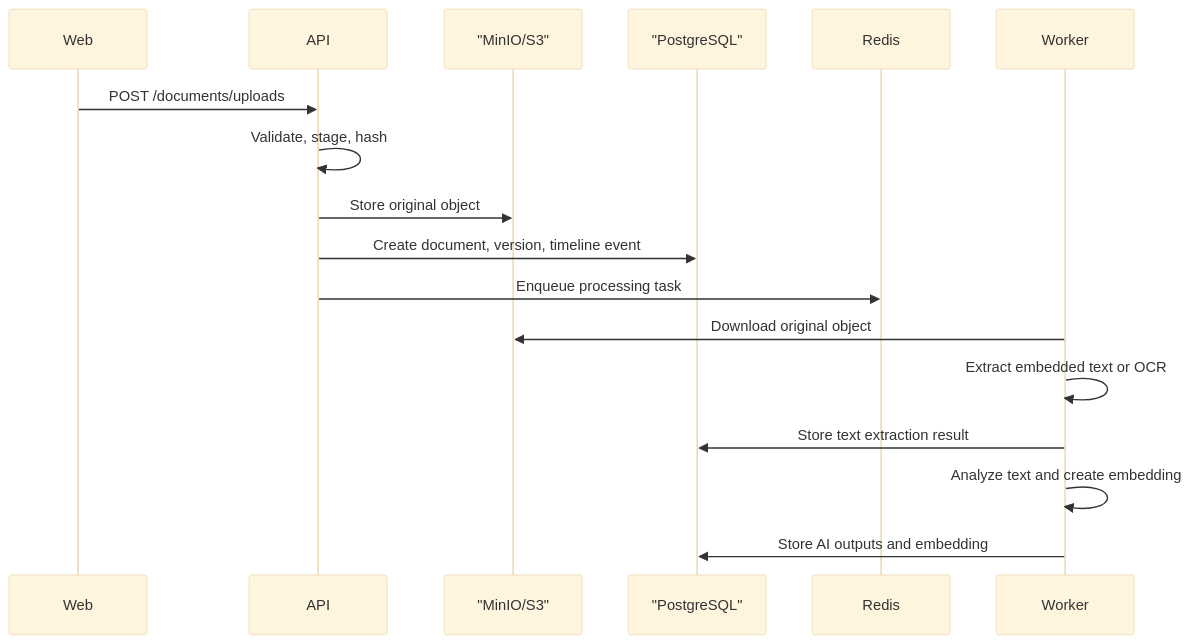
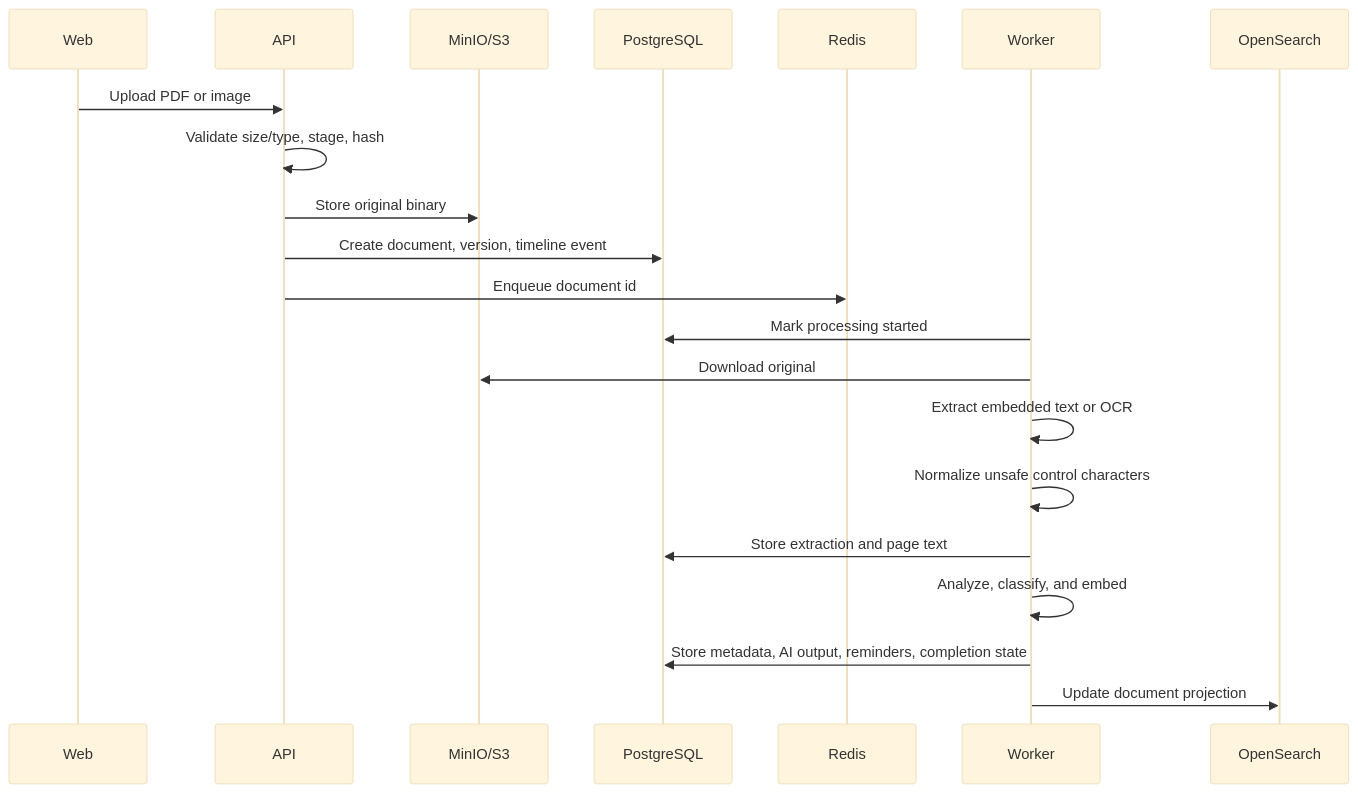
One commit to harish2k01/papervault changed the second of 2 diagrams in docs/architecture.md. Above: the diagram before and after it, drawn with Mermaid (base theme). The commit also changed other lines of this file and 60 other files, not shown here.

First line of the commit message:
Refactor documentation and architecture for clarity and consistency

````diff
--- a/docs/architecture.md
+++ b/docs/architecture.md
@@ -52,20 +48,24 @@
 ```mermaid
 sequenceDiagram
   participant Web
   participant API
-  participant S3 as "MinIO/S3"
-  participant DB as "PostgreSQL"
+  participant Storage as MinIO/S3
+  participant DB as PostgreSQL
   participant Redis
   participant Worker
+  participant Search as OpenSearch
 
-  Web->>API: POST /documents/uploads
-  API->>API: Validate, stage, hash
-  API->>S3: Store original object
+  Web->>API: Upload PDF or image
+  API->>API: Validate size/type, stage, hash
+  API->>Storage: Store original binary
   API->>DB: Create document, version, timeline event
-  API->>Redis: Enqueue processing task
-  Worker->>S3: Download original object
+  API->>Redis: Enqueue document id
+  Worker->>DB: Mark processing started
+  Worker->>Storage: Download original
   Worker->>Worker: Extract embedded text or OCR
-  Worker->>DB: Store text extraction result
-  Worker->>Worker: Analyze text and create embedding
-  Worker->>DB: Store AI outputs and embedding
+  Worker->>Worker: Normalize unsafe control characters
+  Worker->>DB: Store extraction and page text
+  Worker->>Worker: Analyze, classify, and embed
+  Worker->>DB: Store metadata, AI output, reminders, completion state
+  Worker->>Search: Update document projection
 ```
````
